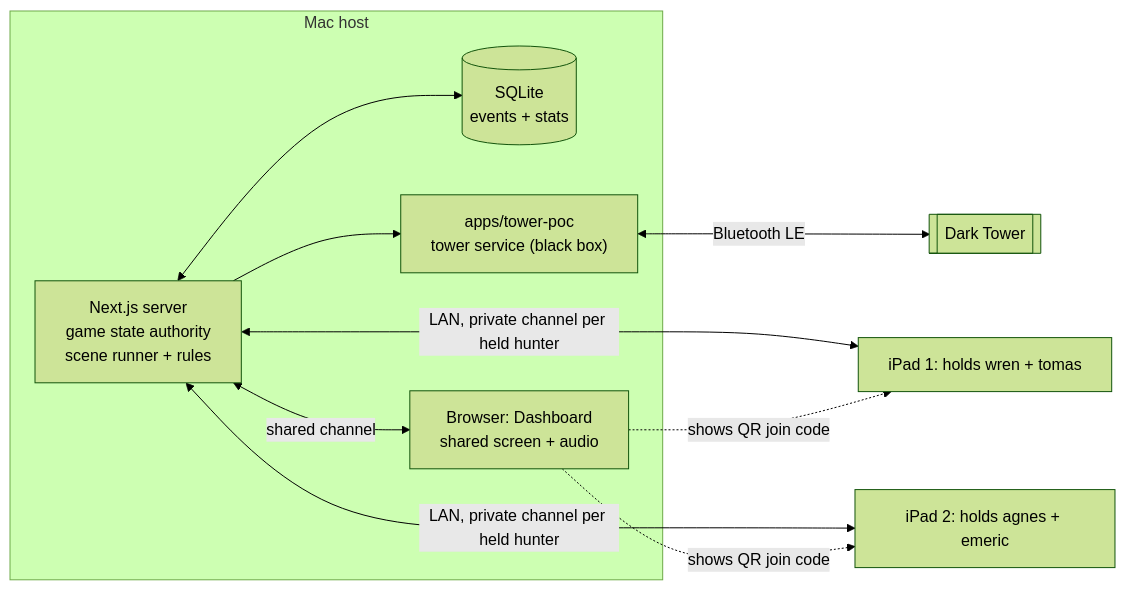
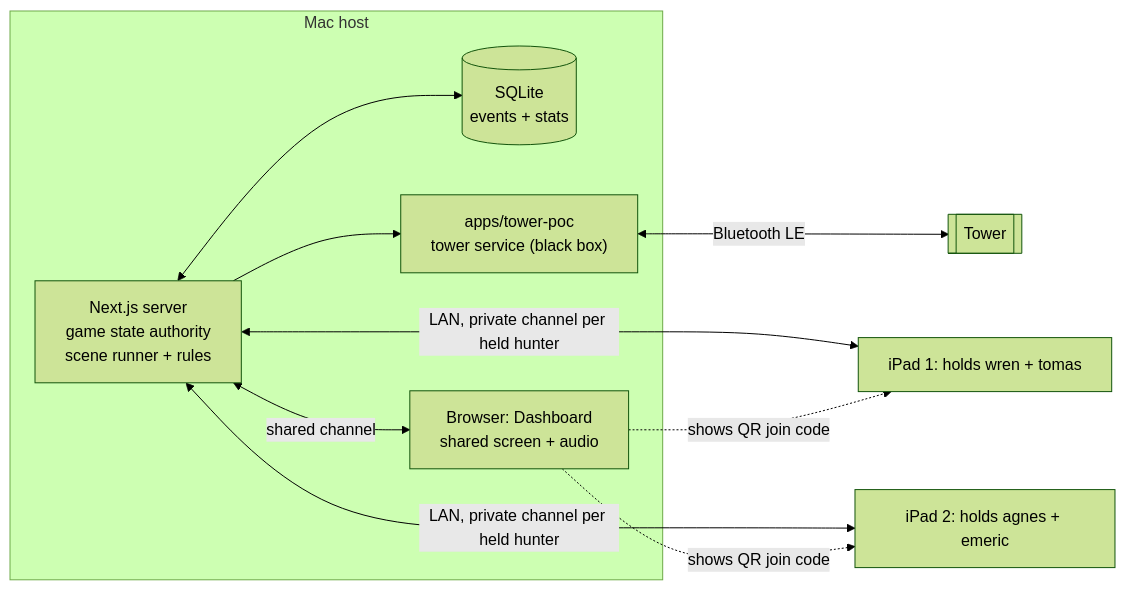
The diagram in apps/burgomaster-funeral-poc/docs/PRD.md (bpaksi/bloodtower), drawn with Mermaid (forest theme) before and after one commit. The commit also changed 17 other files, not shown here.

First line of the commit message:
chore: remove third-party Dark Tower media, rebrand to Bloodtower

````diff
--- a/apps/burgomaster-funeral-poc/docs/PRD.md
+++ b/apps/burgomaster-funeral-poc/docs/PRD.md
@@ -48,17 +48,17 @@
 ```mermaid
 flowchart LR
   subgraph Mac["Mac host"]
     S["Next.js server<br/>game state authority<br/>scene runner + rules"]
     DB[("SQLite<br/>events + stats")]
     T["apps/tower-poc<br/>tower service (black box)"]
     D["Browser: Dashboard<br/>shared screen + audio"]
     S <--> DB
     S --> T
     S <-->|"shared channel"| D
   end
-  T <-->|"Bluetooth LE"| TW[["Dark Tower"]]
+  T <-->|"Bluetooth LE"| TW[["Tower"]]
   S <-->|"LAN, private channel per held hunter"| P1["iPad 1: holds wren + tomas"]
   S <-->|"LAN, private channel per held hunter"| P2["iPad 2: holds agnes + emeric"]
   D -. "shows QR join code" .-> P1
   D -. "shows QR join code" .-> P2
 ```
````
